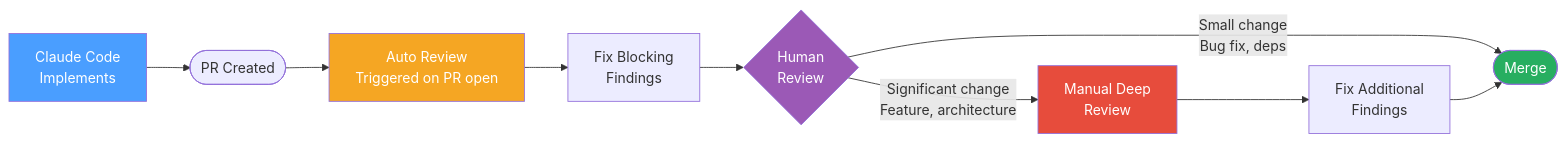
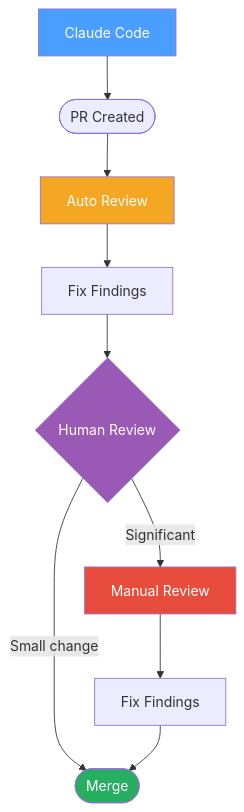
The diagram in docs/diagrams/dual-verification.md (Alaslani/AI-Framework), drawn with Mermaid before and after one commit. The commit also changed 7 other files, not shown here.

First line of the commit message:
fix(diagrams): simplify Mermaid diagrams for GitHub rendering

````diff
--- a/docs/diagrams/dual-verification.md
+++ b/docs/diagrams/dual-verification.md
@@ -5,20 +5,17 @@
 ```mermaid
-flowchart LR
-    DEV[Claude Code\nImplements] --> PR([PR Created])
-
-    PR --> AUTO[Auto Review\nTriggered on PR open]
-    AUTO --> AUTOFIX[Fix Blocking\nFindings]
-    AUTOFIX --> HUMAN{Human\nReview}
-
-    HUMAN -->|Small change\nBug fix, deps| MERGE([Merge])
-    HUMAN -->|Significant change\nFeature, architecture| MANUAL[Manual Deep\nReview]
-
-    MANUAL --> MANFIX[Fix Additional\nFindings]
-    MANFIX --> MERGE
+flowchart TD
+    DEV[Claude Code] --> PR([PR Created])
+    PR --> AUTO[Auto Review]
+    AUTO --> FIX1[Fix Findings]
+    FIX1 --> HUMAN{Human Review}
+    HUMAN -->|Small change| MERGE([Merge])
+    HUMAN -->|Significant| MANUAL[Manual Review]
+    MANUAL --> FIX2[Fix Findings]
+    FIX2 --> MERGE
 
     style DEV fill:#4a9eff,color:#fff
     style AUTO fill:#f5a623,color:#fff
     style MANUAL fill:#e74c3c,color:#fff
     style HUMAN fill:#9b59b6,color:#fff
     style MERGE fill:#27ae60,color:#fff
 ```
````
